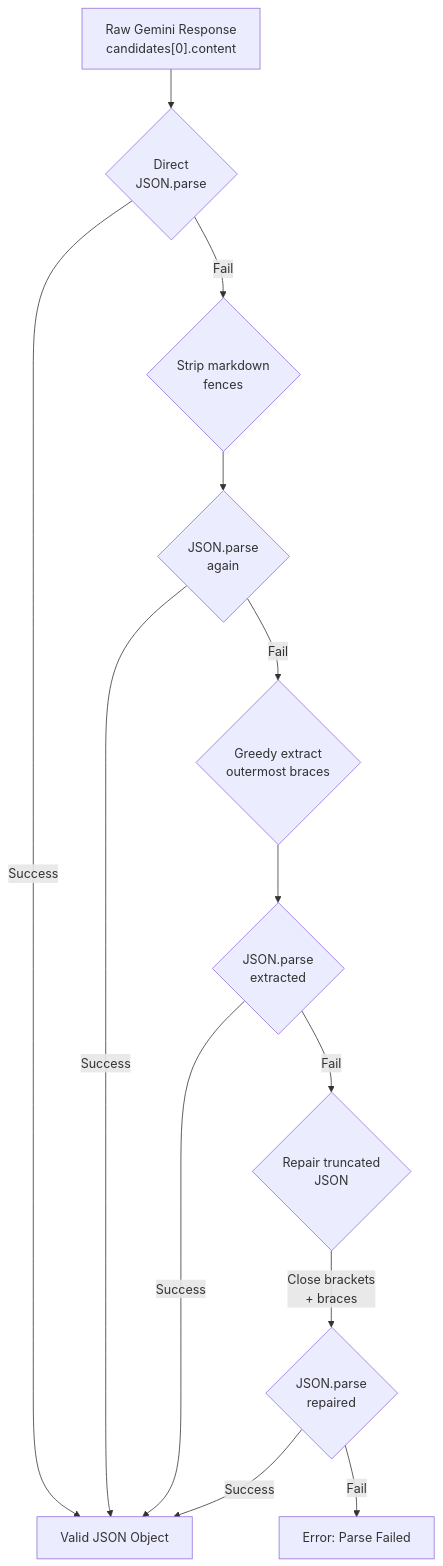
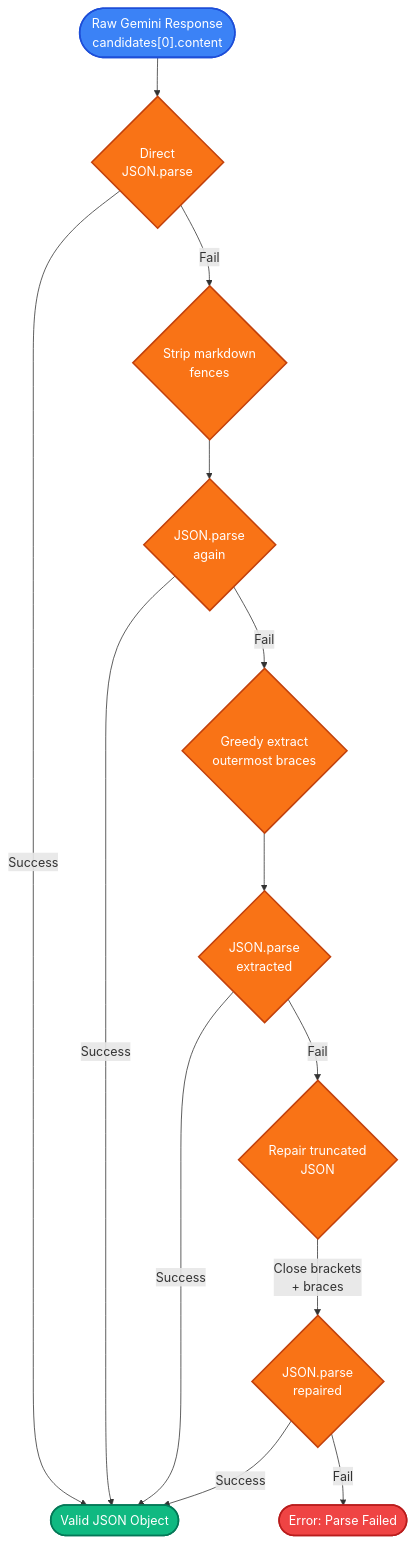
Before and after one commit to Adamya-Varshney/Xcurson-AI-Travel-Planner: the fifth of 9 diagrams in README.md, drawn with Mermaid. The commit also changed other lines of this file, not shown here.

First line of the commit message:
Style README diagrams with bright color-coded theme

````diff
--- a/README.md
+++ b/README.md
@@ -470,15 +507,25 @@
 ```mermaid
 flowchart TD
-    A["Raw Gemini Response\ncandidates[0].content"] --> B{"Direct\nJSON.parse"}
-    B -->|"Success"| Z["Valid JSON Object"]
+    A(["Raw Gemini Response\ncandidates[0].content"]) --> B{"Direct\nJSON.parse"}
+    B -->|"Success"| Z(["Valid JSON Object"])
     B -->|"Fail"| C{"Strip markdown\nfences"}
     C --> D{"JSON.parse\nagain"}
     D -->|"Success"| Z
     D -->|"Fail"| E{"Greedy extract\noutermost braces"}
     E --> F{"JSON.parse\nextracted"}
     F -->|"Success"| Z
     F -->|"Fail"| G{"Repair truncated\nJSON"}
     G -->|"Close brackets\n+ braces"| H{"JSON.parse\nrepaired"}
     H -->|"Success"| Z
-    H -->|"Fail"| X["Error: Parse Failed"]
+    H -->|"Fail"| X(["Error: Parse Failed"])
+
+    classDef input fill:#3B82F6,stroke:#1D4ED8,color:#FFFFFF,stroke-width:2px
+    classDef decision fill:#F97316,stroke:#C2410C,color:#FFFFFF,stroke-width:2px
+    classDef success fill:#10B981,stroke:#047857,color:#FFFFFF,stroke-width:2px
+    classDef error fill:#EF4444,stroke:#B91C1C,color:#FFFFFF,stroke-width:2px
+
+    class A input
+    class B,C,D,E,F,G,H decision
+    class Z success
+    class X error
 ```
````
